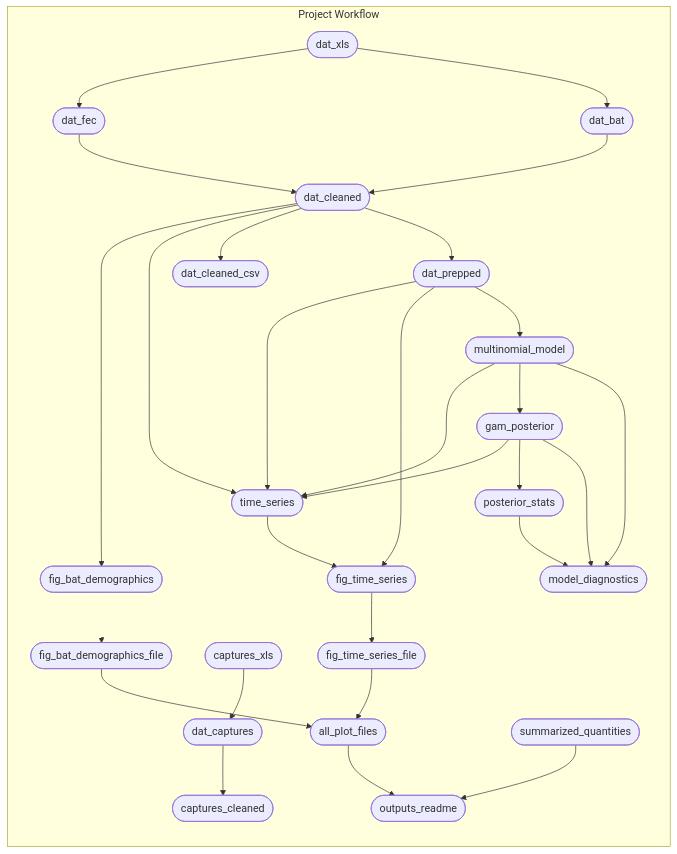
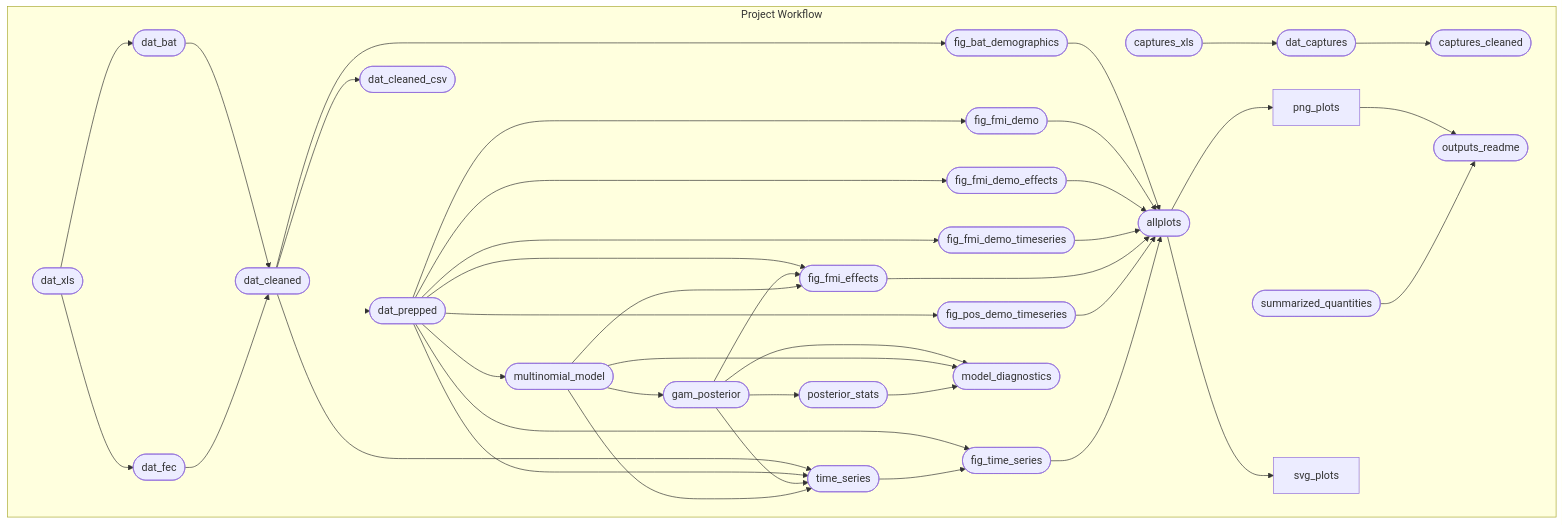
One commit to ecohealthalliance/sabrenet-rousettus-dynamics changed the diagram in README.md. Above: the diagram before and after it, drawn with Mermaid. The commit also changed other lines of this file and 59 other files, not shown here.

Commit message:
updated figure pipeline

````diff
--- a/README.md
+++ b/README.md
@@ -42,33 +42,46 @@
 ``` mermaid
 graph LR
 subgraph Project Workflow
-    x7a7f43da56388c67(["fig_bat_demographics"]):::queued --> x57a7f9cc118d43ce(["fig_bat_demographics_file"]):::queued
-    xba784c3a136c631a(["dat_cleaned"]):::queued --> x7a7f43da56388c67(["fig_bat_demographics"]):::queued
+    direction LR
+    xba784c3a136c631a(["dat_cleaned"]):::queued --> x4a5cfaffa1d0e789(["dat_prepped"]):::queued
+    x4a5cfaffa1d0e789(["dat_prepped"]):::queued --> x023bc1d70802c4e1(["multinomial_model"]):::queued
+    xe05634441492d438(["dat_captures"]):::queued --> x370906d20a0ac4c5(["captures_cleaned"]):::queued
+    xb354ea9be719f8bb(["captures_xls"]):::skipped --> xe05634441492d438(["dat_captures"]):::queued
+    xc2117931d245afce(["dat_xls"]):::skipped --> x733041ef94e8d4a9(["dat_fec"]):::queued
+    x6cf5d6dc2e05a667(["dat_bat"]):::queued --> xba784c3a136c631a(["dat_cleaned"]):::queued
+    x733041ef94e8d4a9(["dat_fec"]):::queued --> xba784c3a136c631a(["dat_cleaned"]):::queued
+    x89c8b8fe66c39f8c(["gam_posterior"]):::queued --> x48dd96190e644d8f(["posterior_stats"]):::queued
+    x4a5cfaffa1d0e789(["dat_prepped"]):::queued --> x80ade130098abb0f(["fig_fmi_demo_timeseries"]):::queued
+    x7a7f43da56388c67(["fig_bat_demographics"]):::queued --> x798304d337dd8ea1(["allplots"]):::queued
+    x23873f9d63594e23(["fig_fmi_demo"]):::queued --> x798304d337dd8ea1(["allplots"]):::queued
+    x4ee8fa2dac97ae88(["fig_fmi_demo_effects"]):::queued --> x798304d337dd8ea1(["allplots"]):::queued
+    x80ade130098abb0f(["fig_fmi_demo_timeseries"]):::queued --> x798304d337dd8ea1(["allplots"]):::queued
+    x37da1c8de8c2ccbe(["fig_fmi_effects"]):::queued --> x798304d337dd8ea1(["allplots"]):::queued
+    x50a3b768b5746682(["fig_pos_demo_timeseries"]):::queued --> x798304d337dd8ea1(["allplots"]):::queued
+    xe3a4a17736576ba6(["fig_time_series"]):::queued --> x798304d337dd8ea1(["allplots"]):::queued
+    x4a5cfaffa1d0e789(["dat_prepped"]):::queued --> x4ee8fa2dac97ae88(["fig_fmi_demo_effects"]):::queued
+    x4a5cfaffa1d0e789(["dat_prepped"]):::queued --> x23873f9d63594e23(["fig_fmi_demo"]):::queued
+    x89c8b8fe66c39f8c(["gam_posterior"]):::queued --> x1e7dc8900c0252af(["model_diagnostics"]):::queued
+    x023bc1d70802c4e1(["multinomial_model"]):::queued --> x1e7dc8900c0252af(["model_diagnostics"]):::queued
+    x48dd96190e644d8f(["posterior_stats"]):::queued --> x1e7dc8900c0252af(["model_diagnostics"]):::queued
+    xc2117931d245afce(["dat_xls"]):::skipped --> x6cf5d6dc2e05a667(["dat_bat"]):::queued
+    xba784c3a136c631a(["dat_cleaned"]):::queued --> xdb44d218f76593df(["dat_cleaned_csv"]):::queued
+    x0b04ba823e0b5eec["png_plots"]:::queued --> xbda0fd67e19f73bc(["outputs_readme"]):::queued
+    x07b56d1fbca21cf3(["summarized_quantities"]):::skipped --> xbda0fd67e19f73bc(["outputs_readme"]):::queued
+    x4a5cfaffa1d0e789(["dat_prepped"]):::queued --> xe3a4a17736576ba6(["fig_time_series"]):::queued
+    xf22c729b71100575(["time_series"]):::queued --> xe3a4a17736576ba6(["fig_time_series"]):::queued
+    x023bc1d70802c4e1(["multinomial_model"]):::queued --> x89c8b8fe66c39f8c(["gam_posterior"]):::queued
+    x4a5cfaffa1d0e789(["dat_prepped"]):::queued --> x37da1c8de8c2ccbe(["fig_fmi_effects"]):::queued
+    x89c8b8fe66c39f8c(["gam_posterior"]):::queued --> x37da1c8de8c2ccbe(["fig_fmi_effects"]):::queued
+    x023bc1d70802c4e1(["multinomial_model"]):::queued --> x37da1c8de8c2ccbe(["fig_fmi_effects"]):::queued
+    x4a5cfaffa1d0e789(["dat_prepped"]):::queued --> x50a3b768b5746682(["fig_pos_demo_timeseries"]):::queued
+    x798304d337dd8ea1(["allplots"]):::queued --> x0b04ba823e0b5eec["png_plots"]:::queued
     xba784c3a136c631a(["dat_cleaned"]):::queued --> xf22c729b71100575(["time_series"]):::queued
     x4a5cfaffa1d0e789(["dat_prepped"]):::queued --> xf22c729b71100575(["time_series"]):::queued
     x89c8b8fe66c39f8c(["gam_posterior"]):::queued --> xf22c729b71100575(["time_series"]):::queued
     x023bc1d70802c4e1(["multinomial_model"]):::queued --> xf22c729b71100575(["time_series"]):::queued
-    x6cf5d6dc2e05a667(["dat_bat"]):::queued --> xba784c3a136c631a(["dat_cleaned"]):::queued
-    x733041ef94e8d4a9(["dat_fec"]):::queued --> xba784c3a136c631a(["dat_cleaned"]):::queued
-    xc2117931d245afce(["dat_xls"]):::skipped --> x733041ef94e8d4a9(["dat_fec"]):::queued
-    xe05634441492d438(["dat_captures"]):::skipped --> x370906d20a0ac4c5(["captures_cleaned"]):::queued
-    x89c8b8fe66c39f8c(["gam_posterior"]):::queued --> x48dd96190e644d8f(["posterior_stats"]):::queued
-    x023bc1d70802c4e1(["multinomial_model"]):::queued --> x89c8b8fe66c39f8c(["gam_posterior"]):::queued
-    xc2117931d245afce(["dat_xls"]):::skipped --> x6cf5d6dc2e05a667(["dat_bat"]):::queued
-    x89c8b8fe66c39f8c(["gam_posterior"]):::queued --> x1e7dc8900c0252af(["model_diagnostics"]):::queued
-    x023bc1d70802c4e1(["multinomial_model"]):::queued --> x1e7dc8900c0252af(["model_diagnostics"]):::queued
-    x48dd96190e644d8f(["posterior_stats"]):::queued --> x1e7dc8900c0252af(["model_diagnostics"]):::queued
-    xb354ea9be719f8bb(["captures_xls"]):::skipped --> xe05634441492d438(["dat_captures"]):::skipped
-    x4a5cfaffa1d0e789(["dat_prepped"]):::queued --> xe3a4a17736576ba6(["fig_time_series"]):::queued
-    xf22c729b71100575(["time_series"]):::queued --> xe3a4a17736576ba6(["fig_time_series"]):::queued
-    xba784c3a136c631a(["dat_cleaned"]):::queued --> xdb44d218f76593df(["dat_cleaned_csv"]):::queued
-    x4a5cfaffa1d0e789(["dat_prepped"]):::queued --> x023bc1d70802c4e1(["multinomial_model"]):::queued
-    x835f456db5951df5(["all_plot_files"]):::queued --> xbda0fd67e19f73bc(["outputs_readme"]):::queued
-    x07b56d1fbca21cf3(["summarized_quantities"]):::skipped --> xbda0fd67e19f73bc(["outputs_readme"]):::queued
-    x57a7f9cc118d43ce(["fig_bat_demographics_file"]):::queued --> x835f456db5951df5(["all_plot_files"]):::queued
-    x650683ca19a5d319(["fig_time_series_file"]):::queued --> x835f456db5951df5(["all_plot_files"]):::queued
-    xe3a4a17736576ba6(["fig_time_series"]):::queued --> x650683ca19a5d319(["fig_time_series_file"]):::queued
-    xba784c3a136c631a(["dat_cleaned"]):::queued --> x4a5cfaffa1d0e789(["dat_prepped"]):::queued
+    x798304d337dd8ea1(["allplots"]):::queued --> xbbcceea2cdf8d3f7["svg_plots"]:::queued
+    xba784c3a136c631a(["dat_cleaned"]):::queued --> x7a7f43da56388c67(["fig_bat_demographics"]):::queued
   end
 linkStyle 0 stroke-width:0px;
 ```
````
